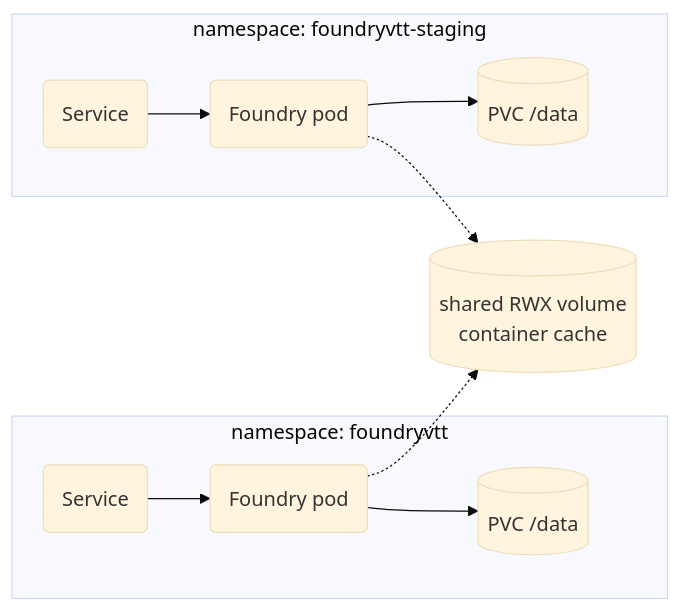
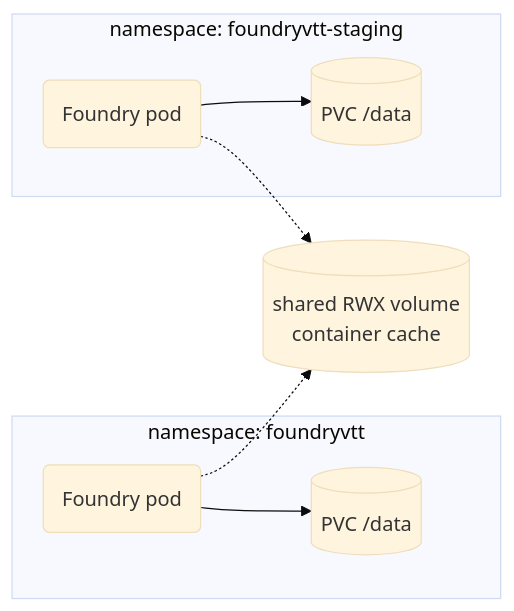
One commit to felddy/foundryvtt-docker changed the third of 4 diagrams in docs/deployment/kubernetes/README.md. Above: the diagram before and after it, drawn with Mermaid (base theme). The commit also changed other lines of this file and 7 other files, not shown here.

````diff
--- a/docs/deployment/kubernetes/README.md
+++ b/docs/deployment/kubernetes/README.md
@@ -183,10 +232,10 @@
 ```mermaid
 graph LR
     subgraph prod ["namespace: foundryvtt"]
-        SvcP("Service") --> PodP("Foundry pod") --> PVCP[("PVC /data")]
+        PodP("Foundry pod") --> PVCP[("PVC /data")]
     end
     subgraph staging ["namespace: foundryvtt-staging"]
-        SvcS("Service") --> PodS("Foundry pod") --> PVCS[("PVC /data")]
+        PodS("Foundry pod") --> PVCS[("PVC /data")]
     end
     PodP & PodS -.-> Cache[("shared RWX volume<br>container cache")]
 ```
````
